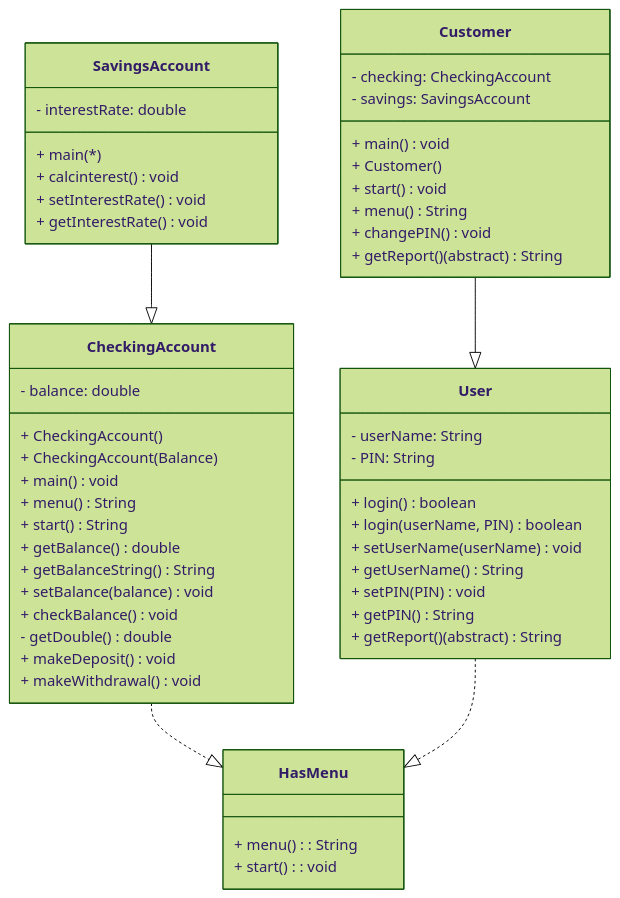
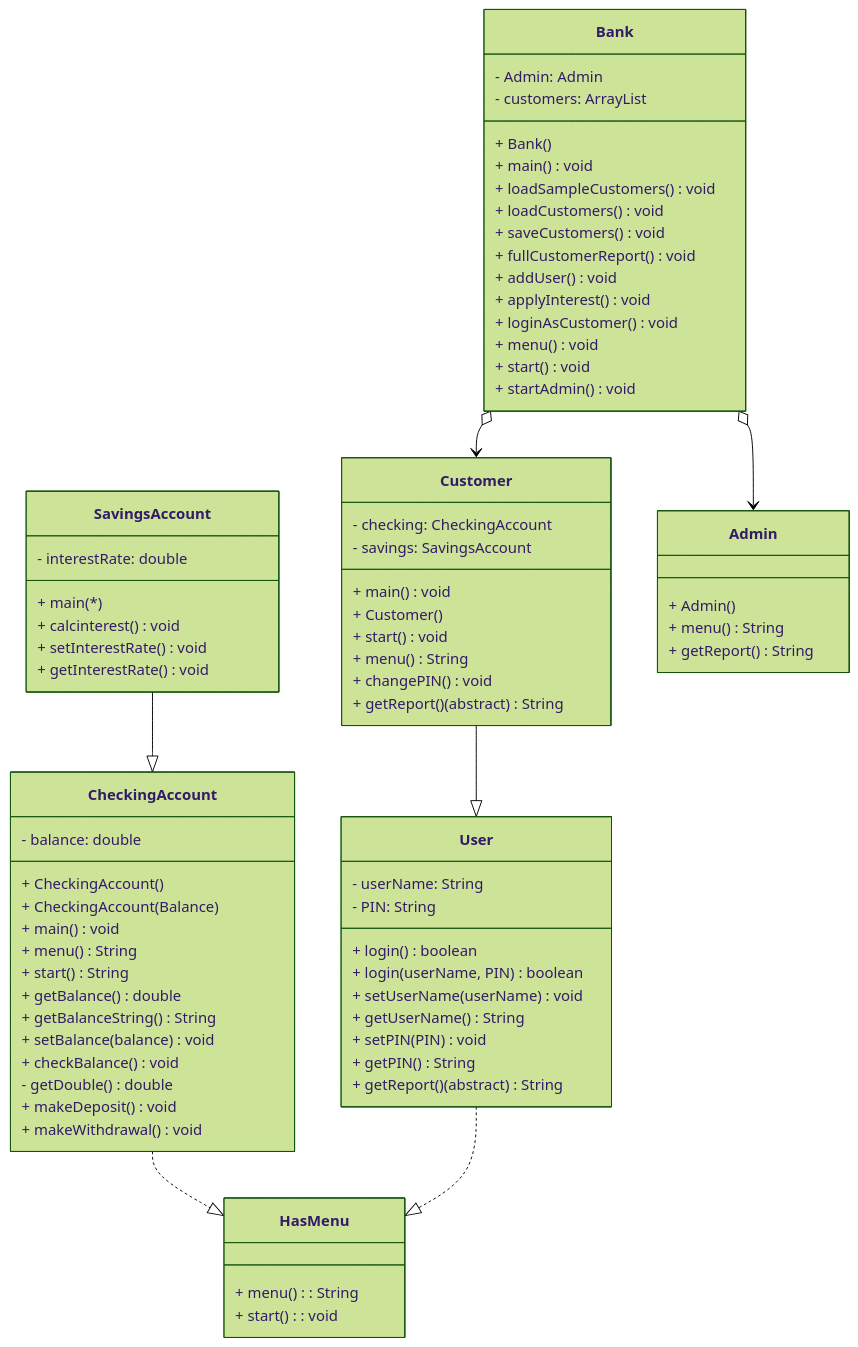
The diagram in README.md (Ruetyn/CS121_project_9-10), drawn with Mermaid (forest theme) before and after one commit. The commit also changed other lines of this file, not shown here.

```diff
--- a/README.md
+++ b/README.md
@@ -53,6 +53,32 @@
     + getReport()(abstract)String
 }
 
+class Admin {
+    + Admin()
+    + menu()String
+    + getReport()String
+}
+
+class Bank {
+    - Admin: Admin
+    - customers: ArrayList
+    + Bank()
+    + main()void
+    + loadSampleCustomers()void
+    + loadCustomers()void
+    + saveCustomers()void
+    + fullCustomerReport()void
+    + addUser()void
+    + applyInterest()void
+    + loginAsCustomer()void
+    + menu()void
+    + start()void
+    + startAdmin()void
+}
+
+
+Bank o--> Admin
+Bank o--> Customer
 SavingsAccount --|> CheckingAccount
 Customer --|> User
 CheckingAccount ..|> HasMenu
```
